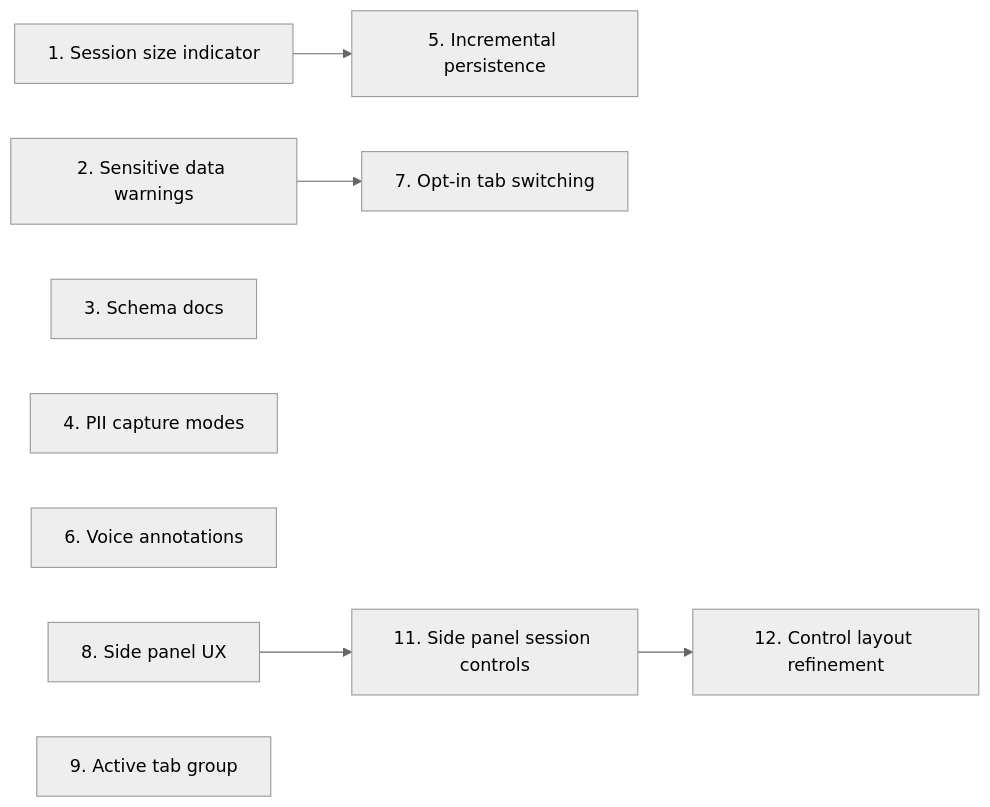
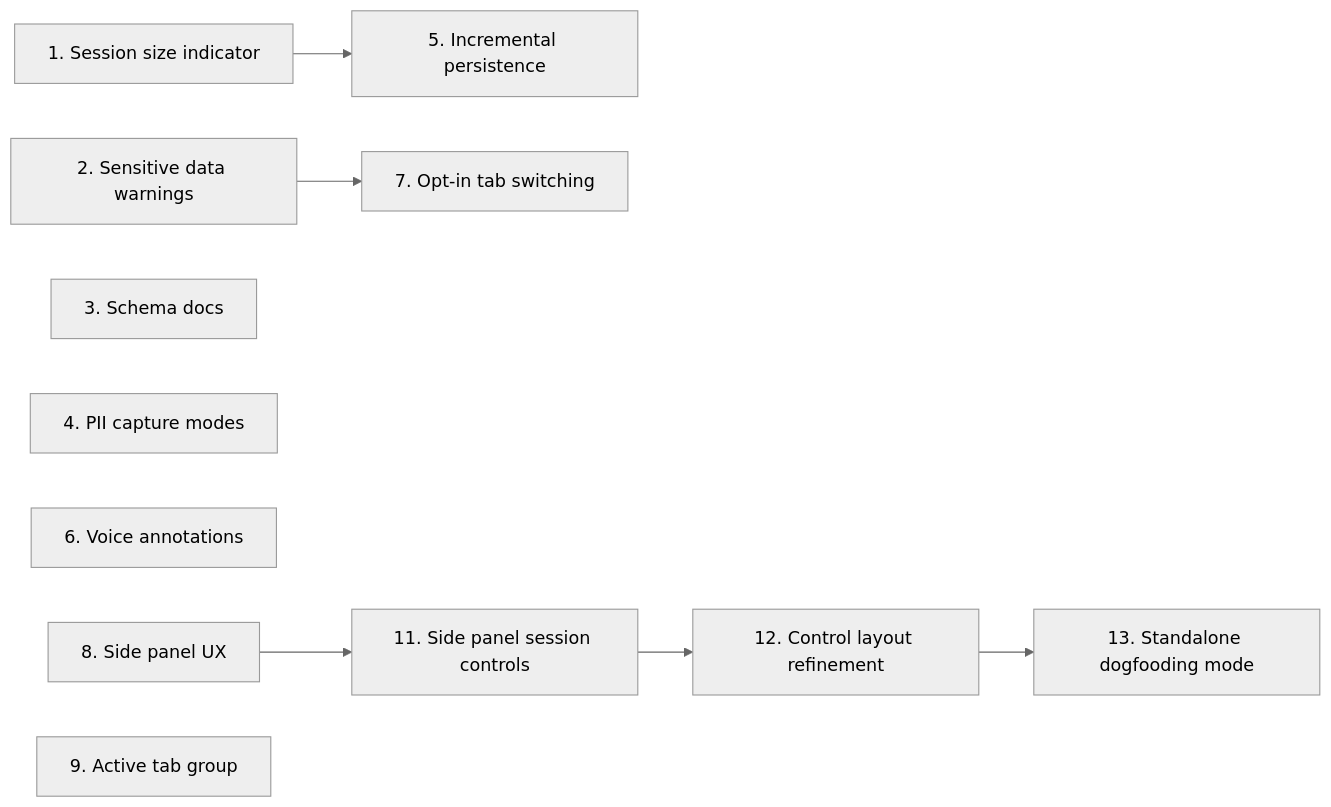
One commit to thehogfather/deskcheck changed the diagram in docs/roadmap.md. Above: the diagram before and after it, drawn with Mermaid (neutral theme). The commit also changed other lines of this file and 6 other files, not shown here.

First line of the commit message:
feat(feature-13): standalone dogfooding mode

````diff
--- a/docs/roadmap.md
+++ b/docs/roadmap.md
@@ -259,11 +279,12 @@
 ```mermaid
 graph LR
     1[1. Session size indicator] --> 5[5. Incremental persistence]
     2[2. Sensitive data warnings] --> 7[7. Opt-in tab switching]
     3[3. Schema docs]
     4[4. PII capture modes]
     6[6. Voice annotations]
     8[8. Side panel UX] --> 11[11. Side panel session controls]
     11 --> 12[12. Control layout refinement]
+    12 --> 13[13. Standalone dogfooding mode]
     9[9. Active tab group]
 ```
````
